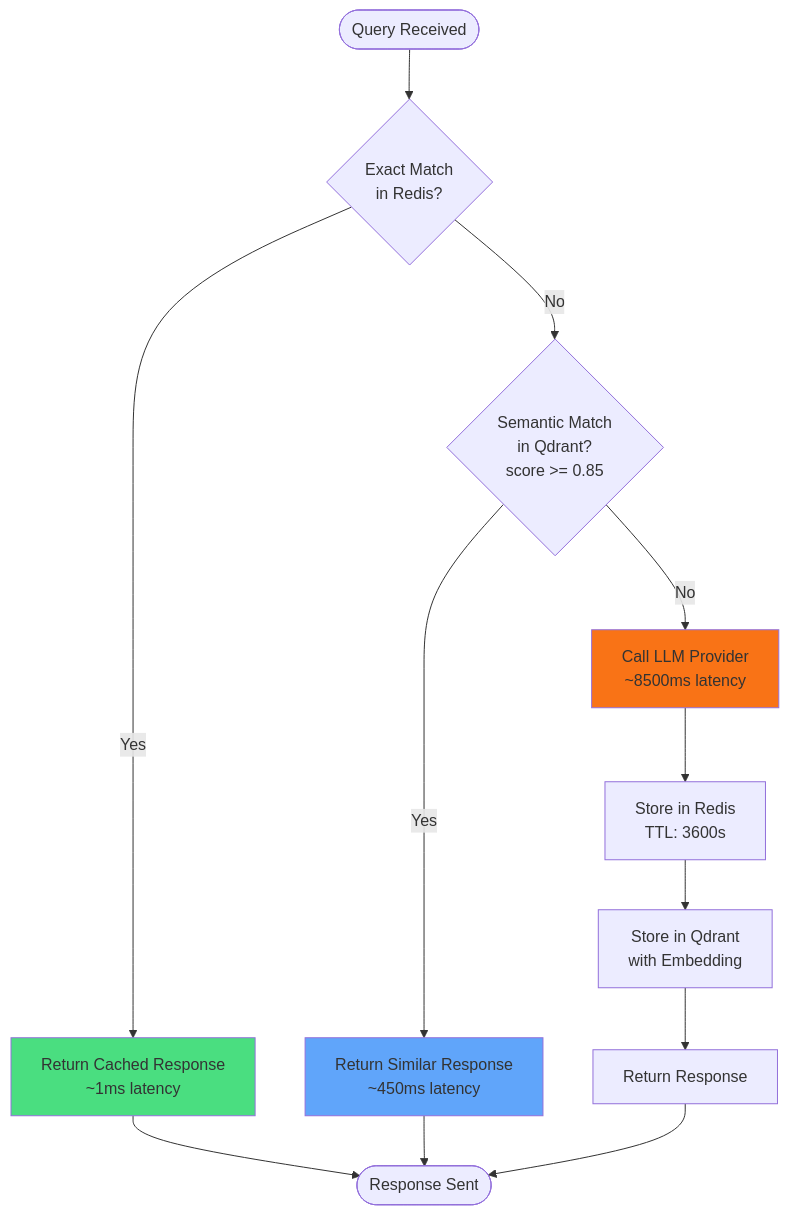
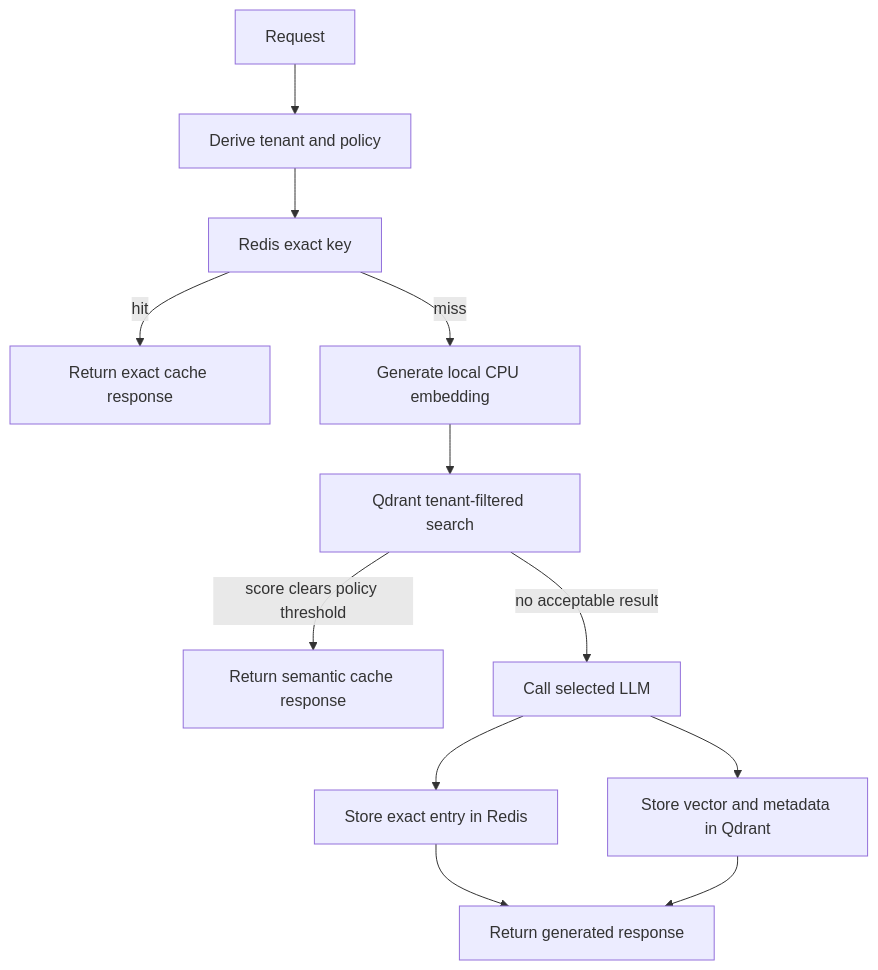
One commit to jay15git/RAG-Cache changed the second of 2 diagrams in docs/DIAGRAMS.md. Above: the diagram before and after it, drawn with Mermaid. The commit also changed other lines of this file and 57 other files, not shown here.

````diff
--- a/docs/DIAGRAMS.md
+++ b/docs/DIAGRAMS.md
@@ -240,22 +20,14 @@
 ```mermaid
 flowchart TD
-    Start([Query Received]) --> ExactCheck{Exact Match<br/>in Redis?}
-
-    ExactCheck -->|Yes| ExactHit[Return Cached Response<br/>~1ms latency]
-    ExactCheck -->|No| SemanticCheck{Semantic Match<br/>in Qdrant?<br/>score >= 0.85}
-
-    SemanticCheck -->|Yes| SemanticHit[Return Similar Response<br/>~450ms latency]
-    SemanticCheck -->|No| LLMCall[Call LLM Provider<br/>~8500ms latency]
-
-    LLMCall --> StoreExact[Store in Redis<br/>TTL: 3600s]
-    StoreExact --> StoreSemantic[Store in Qdrant<br/>with Embedding]
-    StoreSemantic --> Return[Return Response]
-
-    ExactHit --> End([Response Sent])
-    SemanticHit --> End
-    Return --> End
-
-    style ExactHit fill:#4ade80
-    style SemanticHit fill:#60a5fa
-    style LLMCall fill:#f97316
+    A[Request] --> B[Derive tenant and policy]
+    B --> C[Redis exact key]
+    C -->|hit| D[Return exact cache response]
+    C -->|miss| E[Generate local CPU embedding]
+    E --> F[Qdrant tenant-filtered search]
+    F -->|score clears policy threshold| G[Return semantic cache response]
+    F -->|no acceptable result| H[Call selected LLM]
+    H --> I[Store exact entry in Redis]
+    H --> J[Store vector and metadata in Qdrant]
+    I --> K[Return generated response]
+    J --> K
 ```
````
